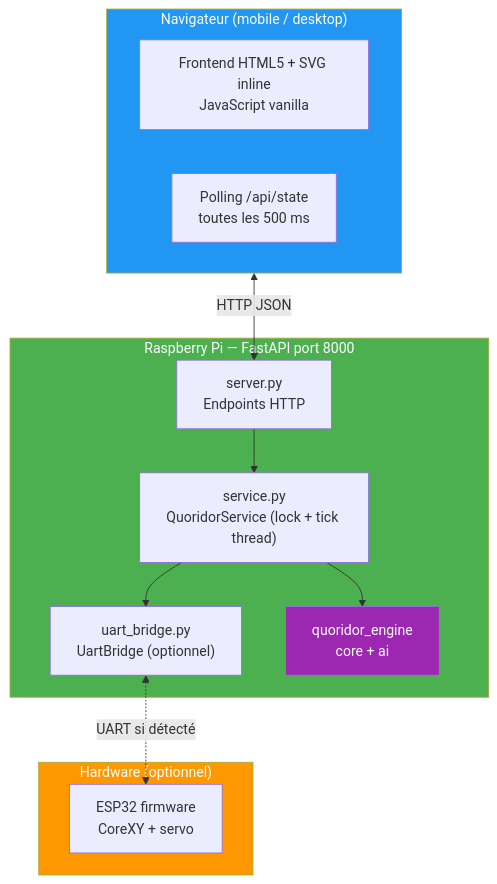
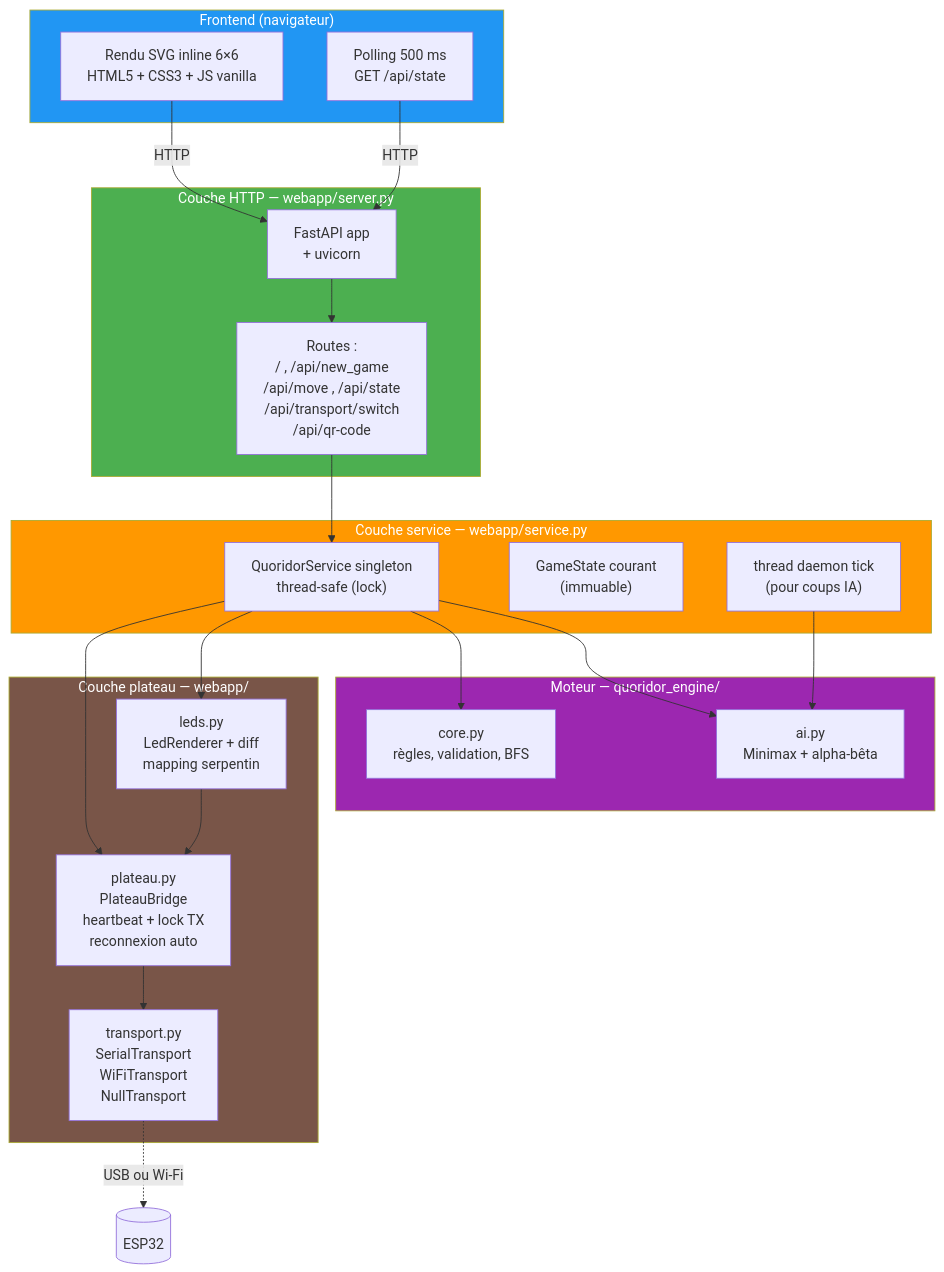
The first of 4 diagrams in docs/flowcharts/07_webapp_flux.md (Silou1/Projet_mecatronique_I3), drawn with Mermaid before and after one commit. The commit also changed other lines of this file and 20 other files, not shown here.

````diff
--- a/docs/flowcharts/07_webapp_flux.md
+++ b/docs/flowcharts/07_webapp_flux.md
@@ -11,29 +16,49 @@
 ```mermaid
-flowchart TB
-    subgraph CLIENT["Navigateur (mobile / desktop)"]
-        SVG["Frontend HTML5 + SVG inline<br/>JavaScript vanilla"]
-        POLL["Polling /api/state<br/>toutes les 500 ms"]
+graph TB
+    subgraph FRONT["Frontend (navigateur)"]
+        SVG["Rendu SVG inline 6×6<br/>HTML5 + CSS3 + JS vanilla"]
+        POLL["Polling 500 ms<br/>GET /api/state"]
     end
 
-    subgraph SERVER["Raspberry Pi — FastAPI port 8000"]
-        API["server.py<br/>Endpoints HTTP"]
-        SERVICE["service.py<br/>QuoridorService (lock + tick thread)"]
-        BRIDGE["uart_bridge.py<br/>UartBridge (optionnel)"]
-        ENGINE["quoridor_engine<br/>core + ai"]
-        API --> SERVICE
-        SERVICE --> ENGINE
-        SERVICE --> BRIDGE
+    subgraph SERVER["Couche HTTP — webapp/server.py"]
+        FASTAPI["FastAPI app<br/>+ uvicorn"]
+        ROUTES["Routes :<br/>/ , /api/new_game<br/>/api/move , /api/state<br/>/api/transport/switch<br/>/api/qr-code"]
     end
 
-    subgraph HW["Hardware (optionnel)"]
-        ESP["ESP32 firmware<br/>CoreXY + servo"]
+    subgraph SERVICE["Couche service — webapp/service.py"]
+        QSERVICE["QuoridorService singleton<br/>thread-safe (lock)"]
+        STATE["GameState courant<br/>(immuable)"]
+        TICK["thread daemon tick<br/>(pour coups IA)"]
     end
 
-    CLIENT <-->|"HTTP JSON"| API
-    BRIDGE <-.->|"UART si détecté"| ESP
+    subgraph ENGINE_LAYER["Moteur — quoridor_engine/"]
+        CORE["core.py<br/>règles, validation, BFS"]
+        AI["ai.py<br/>Minimax + alpha-bêta"]
+    end
 
-    style CLIENT fill:#2196F3,color:#fff
+    subgraph TRANSPORT["Couche plateau — webapp/"]
+        BRIDGE["plateau.py<br/>PlateauBridge<br/>heartbeat + lock TX<br/>reconnexion auto"]
+        TRANSP["transport.py<br/>SerialTransport<br/>WiFiTransport<br/>NullTransport"]
+        LEDS["leds.py<br/>LedRenderer + diff<br/>mapping serpentin"]
+    end
+
+    SVG -->|HTTP| FASTAPI
+    POLL -->|HTTP| FASTAPI
+    FASTAPI --> ROUTES
+    ROUTES --> QSERVICE
+    QSERVICE --> CORE
+    QSERVICE --> AI
+    TICK --> AI
+    QSERVICE --> BRIDGE
+    BRIDGE --> TRANSP
+    QSERVICE --> LEDS
+    LEDS --> BRIDGE
+
+    TRANSP -.->|USB ou Wi-Fi| ESP[(ESP32)]
+
+    style FRONT fill:#2196F3,color:#fff
     style SERVER fill:#4CAF50,color:#fff
-    style HW fill:#FF9800,color:#fff
-    style ENGINE fill:#9C27B0,color:#fff
+    style SERVICE fill:#FF9800,color:#fff
+    style ENGINE_LAYER fill:#9C27B0,color:#fff
+    style TRANSPORT fill:#795548,color:#fff
 ```
````
